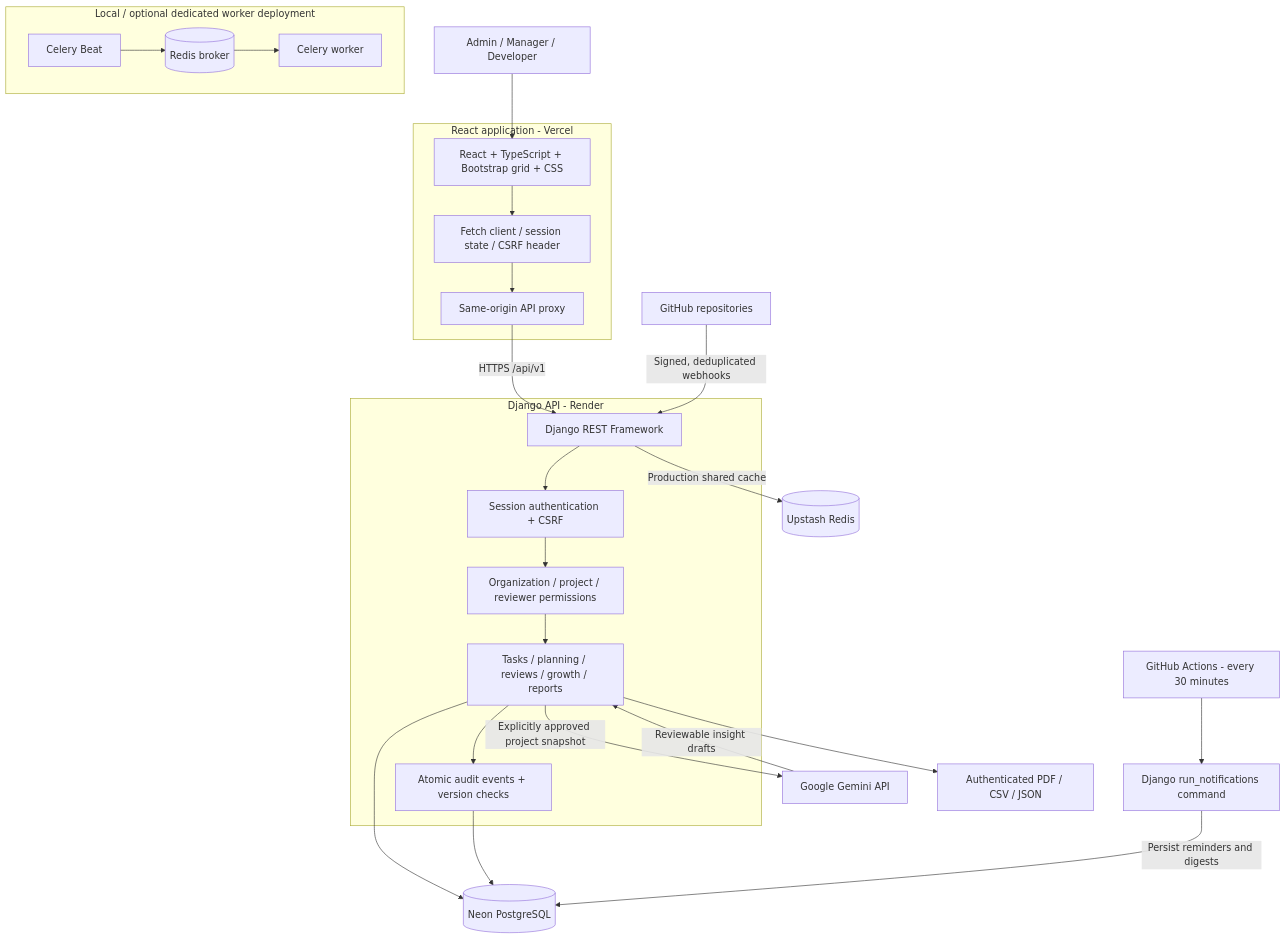
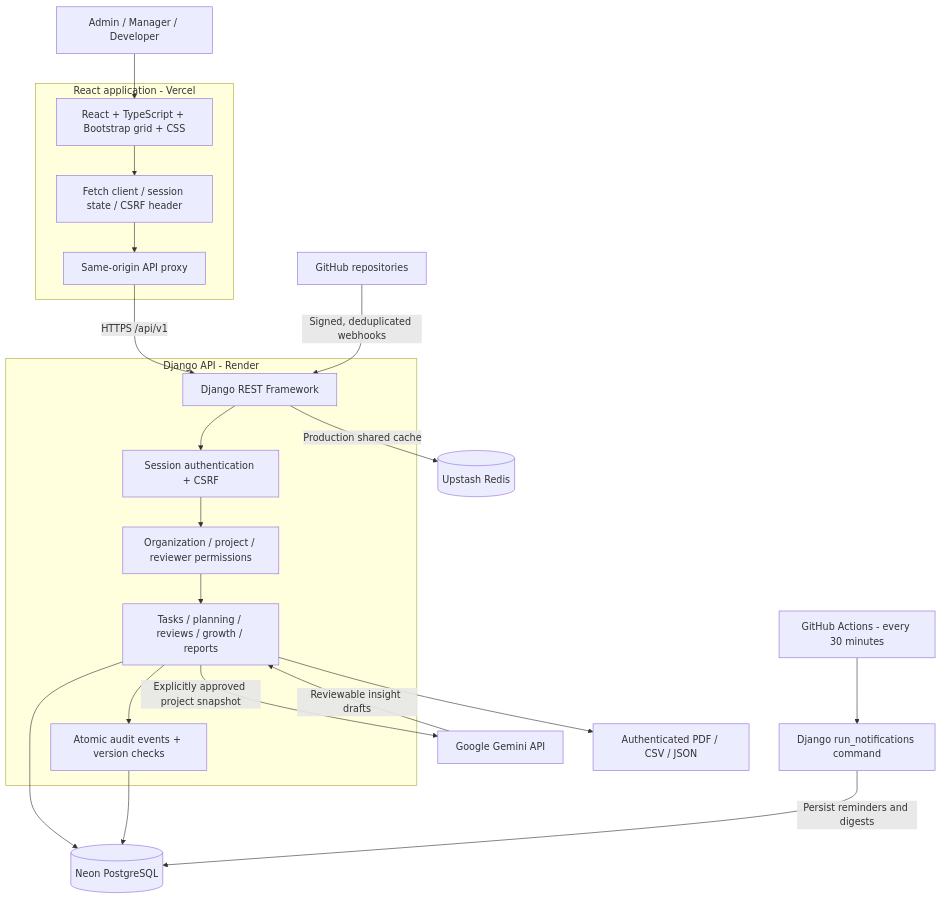
The first of 2 diagrams in README.md (Shazil81/SprintLens), drawn with Mermaid before and after one commit. The commit also changed other lines of this file and 8 other files, not shown here.

Commit message:
Containerize local stack and document Docker architecture

````diff
--- a/README.md
+++ b/README.md
@@ -47,32 +47,28 @@
 ```mermaid
 flowchart TB
     Users[Admin / Manager / Developer] --> UI
     subgraph Frontend[React application - Vercel]
         UI[React + TypeScript + Bootstrap grid + CSS]
         UI --> Client[Fetch client / session state / CSRF header]
         Client --> Proxy[Same-origin API proxy]
     end
     subgraph Backend[Django API - Render]
         API[Django REST Framework]
         Auth[Session authentication + CSRF]
         Access[Organization / project / reviewer permissions]
         Logic[Tasks / planning / reviews / growth / reports]
         Audit[Atomic audit events + version checks]
         API --> Auth --> Access --> Logic
         Logic --> Audit
     end
     Proxy -->|HTTPS /api/v1| API
     Logic --> DB[(Neon PostgreSQL)]
     Audit --> DB
     Actions[GitHub Actions - every 30 minutes] --> Command[Django run_notifications command]
     Command -->|Persist reminders and digests| DB
     API -->|Production shared cache| Redis[(Upstash Redis)]
-    subgraph LocalJobs[Local / optional dedicated worker deployment]
-        Beat[Celery Beat] --> Broker[(Redis broker)]
-        Broker --> Worker[Celery worker]
-    end
     GitHub[GitHub repositories] -->|Signed, deduplicated webhooks| API
     Logic -->|Explicitly approved project snapshot| Gemini[Google Gemini API]
     Gemini -->|Reviewable insight drafts| Logic
     Logic --> Exports[Authenticated PDF / CSV / JSON]
 ```
````
